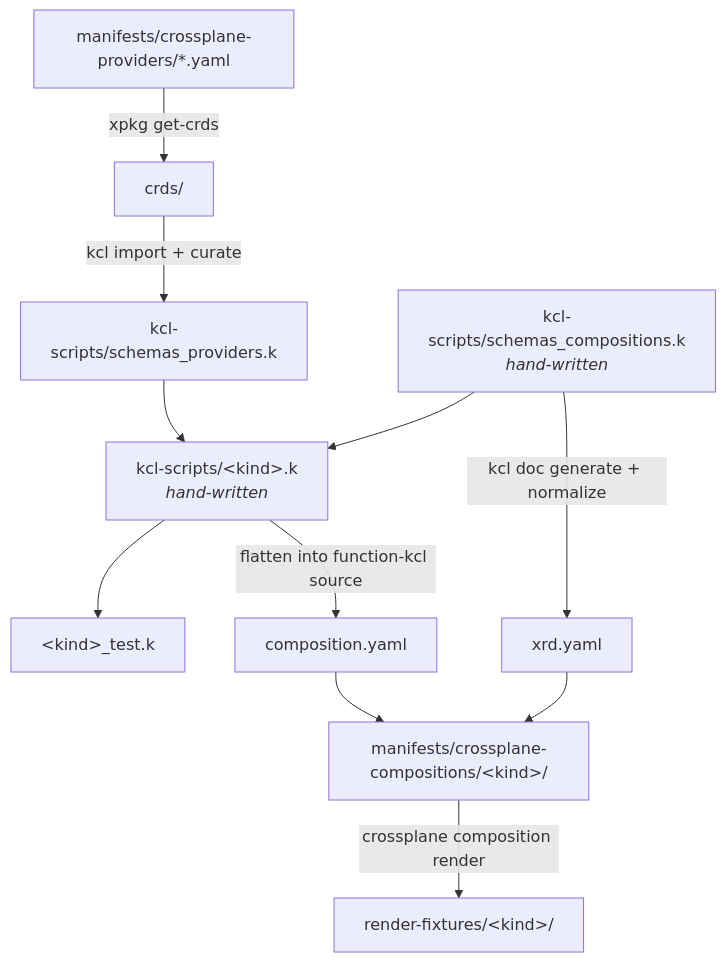
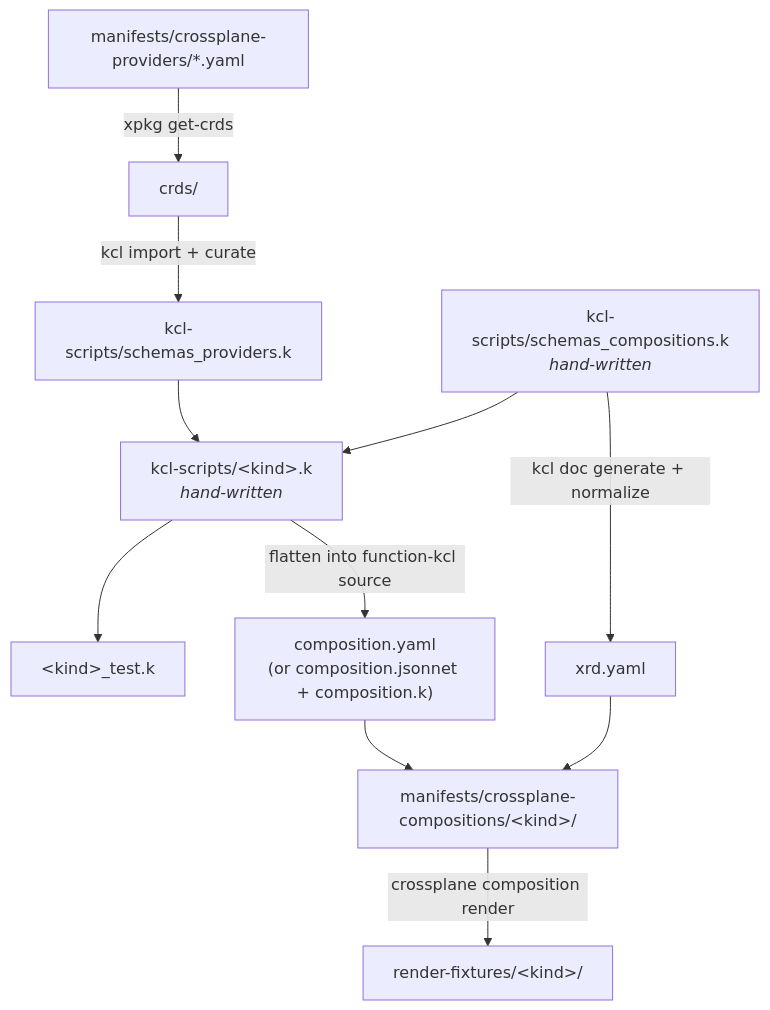
Before and after one commit to leprechaun/kiln: the second of 2 diagrams in README.md, drawn with Mermaid. The commit also changed 18 other files, not shown here.

````diff
--- a/README.md
+++ b/README.md
@@ -77,14 +77,14 @@
 ```mermaid
 flowchart TD
     providers["manifests/crossplane-providers/*.yaml"] -->|xpkg get-crds| crds["crds/"]
     crds -->|kcl import + curate| sp["kcl-scripts/schemas_providers.k"]
     sc["kcl-scripts/schemas_compositions.k<br/><i>hand-written</i>"]
     sp --> fn["kcl-scripts/&lt;kind&gt;.k<br/><i>hand-written</i>"]
     sc --> fn
     fn --> tests["&lt;kind&gt;_test.k"]
     sc -->|kcl doc generate + normalize| xrd["xrd.yaml"]
-    fn -->|flatten into function-kcl source| comp["composition.yaml"]
+    fn -->|flatten into function-kcl source| comp["composition.yaml<br/>(or composition.jsonnet + composition.k)"]
     xrd --> out["manifests/crossplane-compositions/&lt;kind&gt;/"]
     comp --> out
     out -->|crossplane composition render| fixtures["render-fixtures/&lt;kind&gt;/"]
 ```
````
